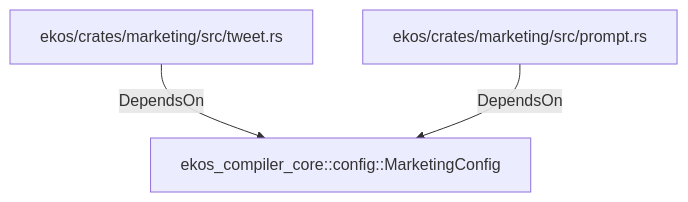
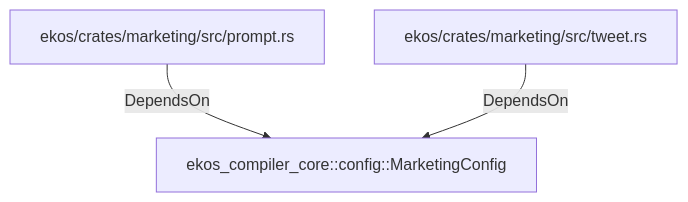
The diagram in doc/entities/rustmodule/ek/ekos-compiler-core-config-marketingconfig.md (alexeyban/EKOS), drawn with Mermaid before and after one commit. The commit also changed other lines of this file and 552 other files, not shown here.

````diff
--- a/doc/entities/rustmodule/ek/ekos-compiler-core-config-marketingconfig.md
+++ b/doc/entities/rustmodule/ek/ekos-compiler-core-config-marketingconfig.md
@@ -16,8 +16,8 @@
 ```mermaid
 graph TD
     n2830912ccb12505db6a87cd4ce471331["ekos_compiler_core::config::MarketingConfig"]
+    n49e3daf4be3b5889a66e372e8980f187["ekos/crates/marketing/src/prompt.rs"]
+    n49e3daf4be3b5889a66e372e8980f187 -->|DependsOn| n2830912ccb12505db6a87cd4ce471331
     n3372ee6e2a1d50b2a3aeb17eb421301b["ekos/crates/marketing/src/tweet.rs"]
     n3372ee6e2a1d50b2a3aeb17eb421301b -->|DependsOn| n2830912ccb12505db6a87cd4ce471331
-    n49e3daf4be3b5889a66e372e8980f187["ekos/crates/marketing/src/prompt.rs"]
-    n49e3daf4be3b5889a66e372e8980f187 -->|DependsOn| n2830912ccb12505db6a87cd4ce471331
 ```
````
